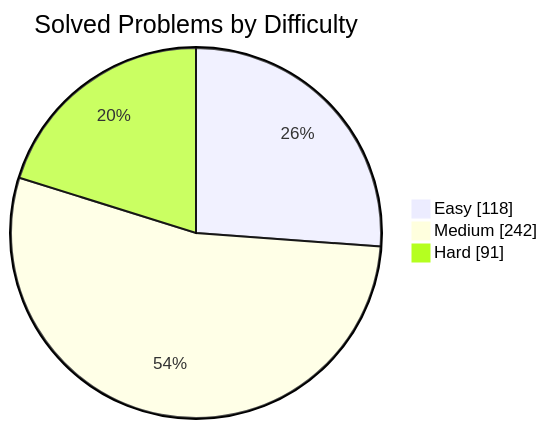
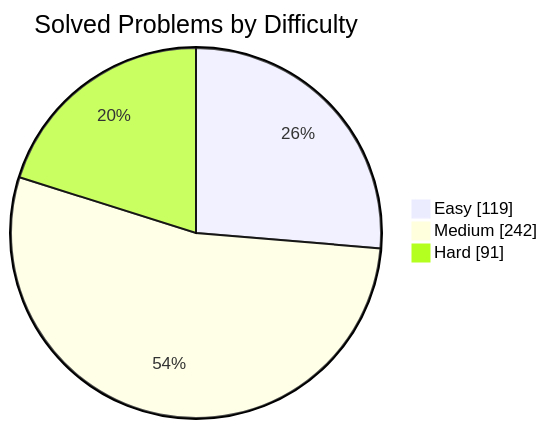
One commit to manikantbindass/DSA-Preparation-FAANG changed the first of 2 diagrams in README.md. Above: the diagram before and after it, drawn with Mermaid. The commit also changed other lines of this file and 1 other file, not shown here.

````diff
--- a/README.md
+++ b/README.md
@@ -77,7 +77,7 @@
 ```mermaid
 pie showData
     title Solved Problems by Difficulty
-    "Easy" : 118
+    "Easy" : 119
     "Medium" : 242
     "Hard" : 91
 ```
````
